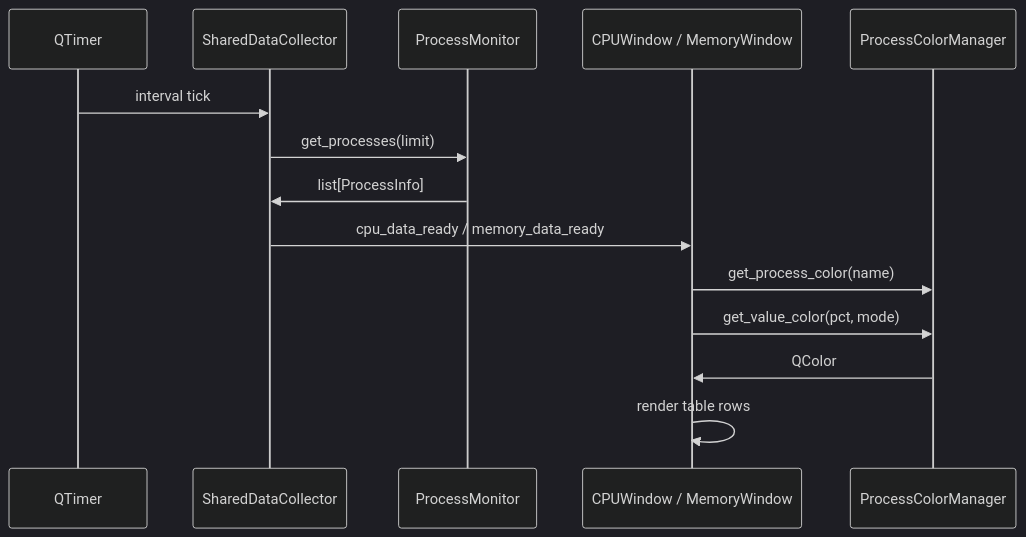
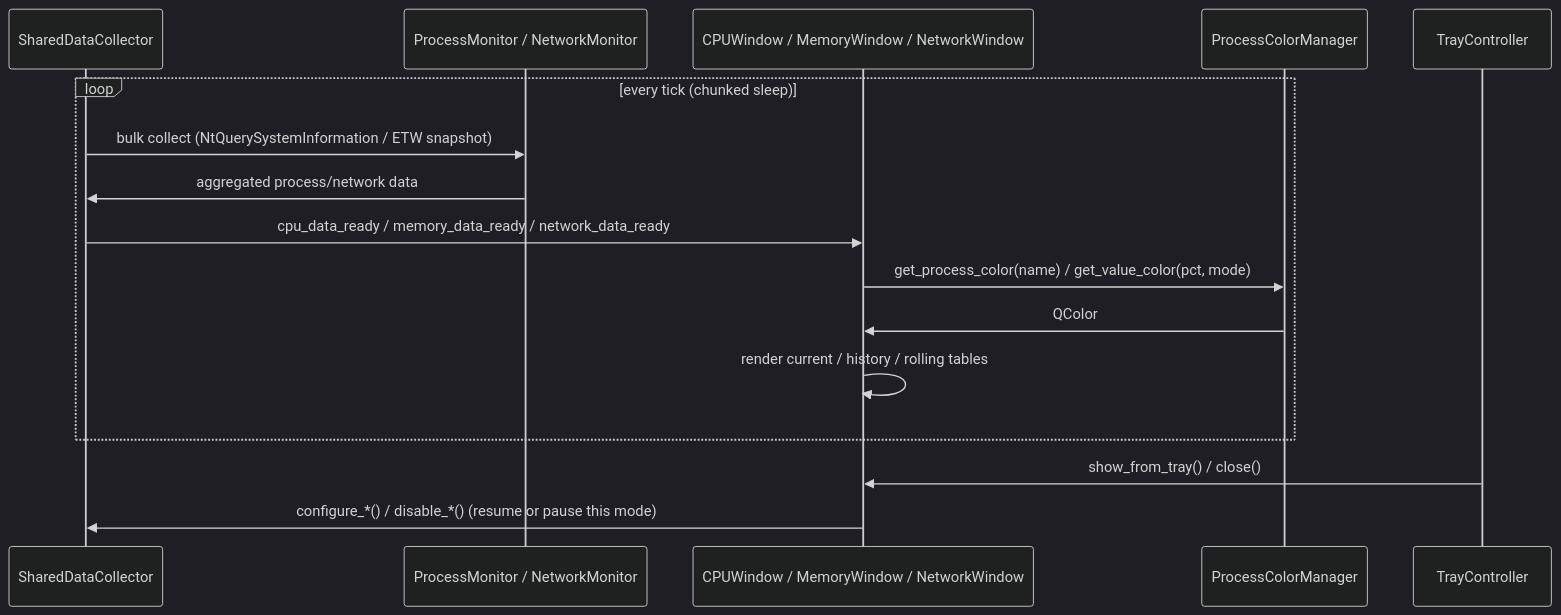
The second of 2 diagrams in README.md (UVuruna/Vitals), drawn with Mermaid (dark theme) before and after one commit. The commit also changed other lines of this file and 9 other files, not shown here.

First line of the commit message:
2.0.229 Documentation — rewrite stale app docs, add persistence/tray/network_monitor docs

````diff
--- a/README.md
+++ b/README.md
@@ -149,17 +180,20 @@
 ```mermaid
 sequenceDiagram
-    participant T as QTimer
     participant SDC as SharedDataCollector
-    participant PM as ProcessMonitor
-    participant W as CPUWindow / MemoryWindow
+    participant PM as ProcessMonitor / NetworkMonitor
+    participant W as CPUWindow / MemoryWindow / NetworkWindow
     participant PCM as ProcessColorManager
+    participant TRAY as TrayController
 
-    T->>SDC: interval tick
-    SDC->>PM: get_processes(limit)
-    PM->>SDC: list[ProcessInfo]
-    SDC->>W: cpu_data_ready / memory_data_ready
-    W->>PCM: get_process_color(name)
-    W->>PCM: get_value_color(pct, mode)
-    PCM->>W: QColor
-    W->>W: render table rows
+    loop every tick (chunked sleep)
+        SDC->>PM: bulk collect (NtQuerySystemInformation / ETW snapshot)
+        PM->>SDC: aggregated process/network data
+        SDC->>W: cpu_data_ready / memory_data_ready / network_data_ready
+        W->>PCM: get_process_color(name) / get_value_color(pct, mode)
+        PCM->>W: QColor
+        W->>W: render current / history / rolling tables
+    end
+
+    TRAY->>W: show_from_tray() / close()
+    W->>SDC: configure_*() / disable_*() (resume or pause this mode)
 ```
````
